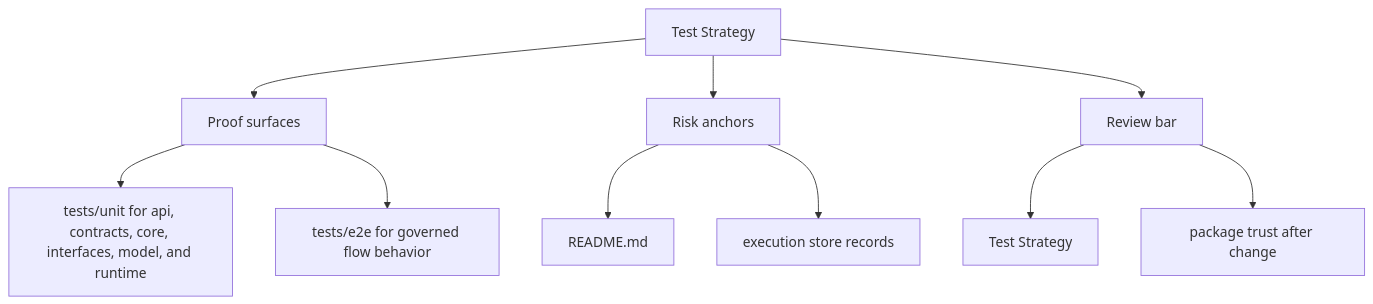
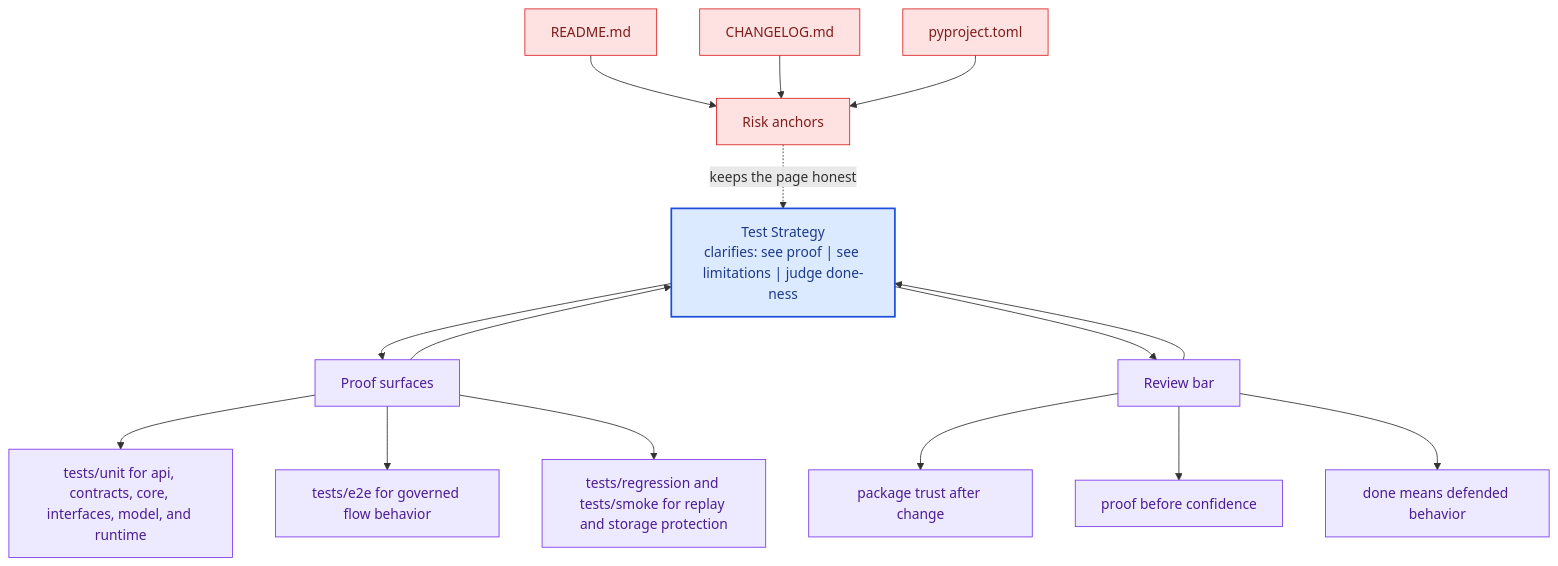
The second of 2 diagrams in docs/bijux-canon-runtime/quality/test-strategy.md (bijux/bijux-canon), drawn with Mermaid before and after one commit. The commit also changed other lines of this file and 281 other files, not shown here.

Commit message:
docs(diagrams): deepen handbook mermaid maps across the catalog

````diff
--- a/docs/bijux-canon-runtime/quality/test-strategy.md
+++ b/docs/bijux-canon-runtime/quality/test-strategy.md
@@ -34,22 +67,41 @@
 ```mermaid
-flowchart TD
-    page["Test Strategy"]
+flowchart TB
+    promise["Test Strategy<br/>clarifies: see proof | see limitations | judge done-ness"]
+    classDef promise fill:#dbeafe,stroke:#1d4ed8,color:#1e3a8a,stroke-width:2px;
+    classDef driver fill:#dcfce7,stroke:#16a34a,color:#14532d;
+    classDef constraint fill:#fee2e2,stroke:#dc2626,color:#7f1d1d;
+    classDef ground fill:#ede9fe,stroke:#7c3aed,color:#4c1d95;
     focus1["Proof surfaces"]
-    page --> focus1
+    focus1 --> promise
+    promise --> focus1
     focus1_1["tests/unit for api, contracts, core, interfaces, model, and runtime"]
     focus1 --> focus1_1
     focus1_2["tests/e2e for governed flow behavior"]
     focus1 --> focus1_2
+    focus1_3["tests/regression and tests/smoke for replay and storage protection"]
+    focus1 --> focus1_3
+    class focus1 ground;
+    class focus1_1,focus1_2,focus1_3 ground;
     focus2["Risk anchors"]
-    page --> focus2
+    focus2 -.keeps the page honest.-> promise
     focus2_1["README.md"]
-    focus2 --> focus2_1
-    focus2_2["execution store records"]
-    focus2 --> focus2_2
+    focus2_1 --> focus2
+    focus2_2["CHANGELOG.md"]
+    focus2_2 --> focus2
+    focus2_3["pyproject.toml"]
+    focus2_3 --> focus2
+    class focus2 constraint;
+    class focus2_1,focus2_2,focus2_3 constraint;
     focus3["Review bar"]
-    page --> focus3
-    focus3_1["Test Strategy"]
+    focus3 --> promise
+    promise --> focus3
+    focus3_1["package trust after change"]
     focus3 --> focus3_1
-    focus3_2["package trust after change"]
+    focus3_2["proof before confidence"]
     focus3 --> focus3_2
+    focus3_3["done means defended behavior"]
+    focus3 --> focus3_3
+    class focus3 ground;
+    class focus3_1,focus3_2,focus3_3 ground;
+    class promise promise;
 ```
````
